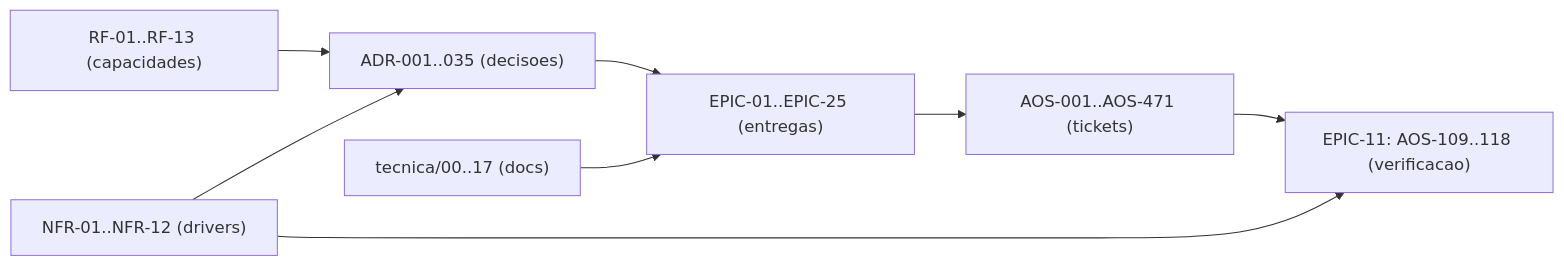
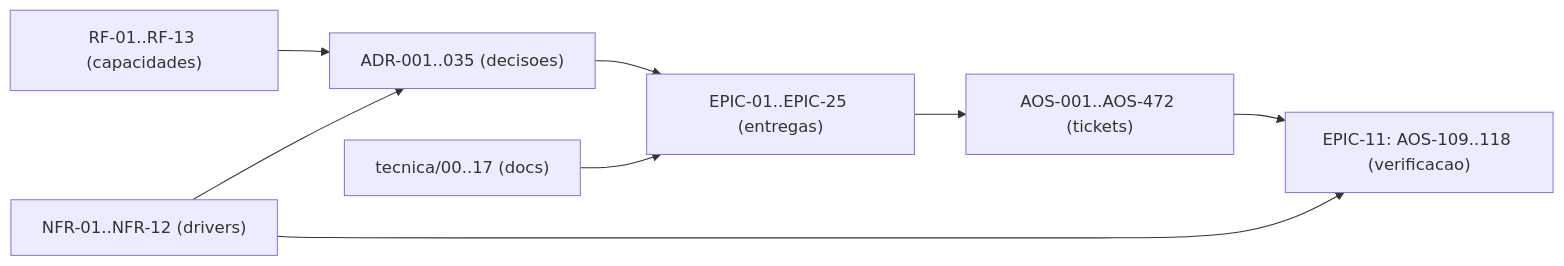
The diagram in tecnica/16_Rastreabilidade_RTM.md (albinoJimy/aos), drawn with Mermaid before and after one commit. The commit also changed other lines of this file and 5 other files, not shown here.

````diff
--- a/tecnica/16_Rastreabilidade_RTM.md
+++ b/tecnica/16_Rastreabilidade_RTM.md
@@ -201,10 +201,10 @@
 ```mermaid
 flowchart LR
     RF["RF-01..RF-13 (capacidades)"] --> ADR["ADR-001..035 (decisoes)"]
     NFR["NFR-01..NFR-12 (drivers)"] --> ADR
     ADR --> EPIC["EPIC-01..EPIC-25 (entregas)"]
-    EPIC --> TICK["AOS-001..AOS-471 (tickets)"]
+    EPIC --> TICK["AOS-001..AOS-472 (tickets)"]
     DOC["tecnica/00..17 (docs)"] --> EPIC
     TICK --> TEST["EPIC-11: AOS-109..118 (verificacao)"]
     NFR --> TEST
 ```
````
